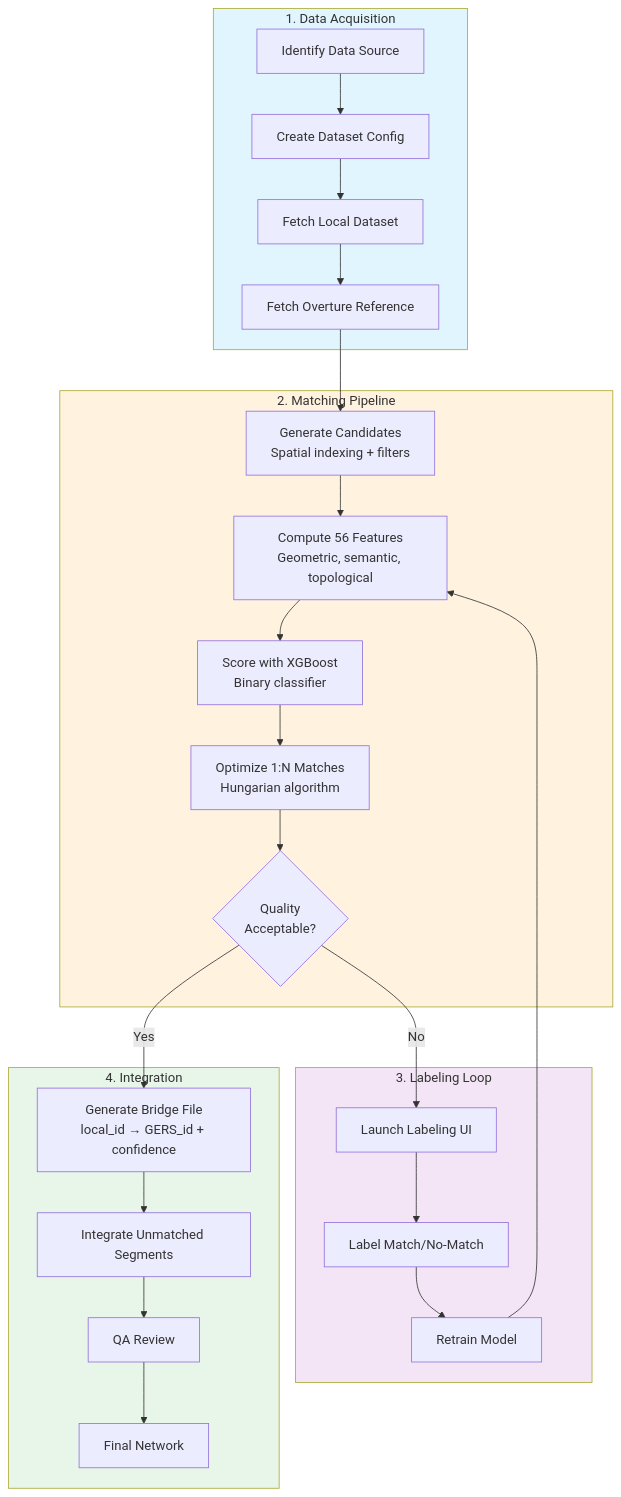
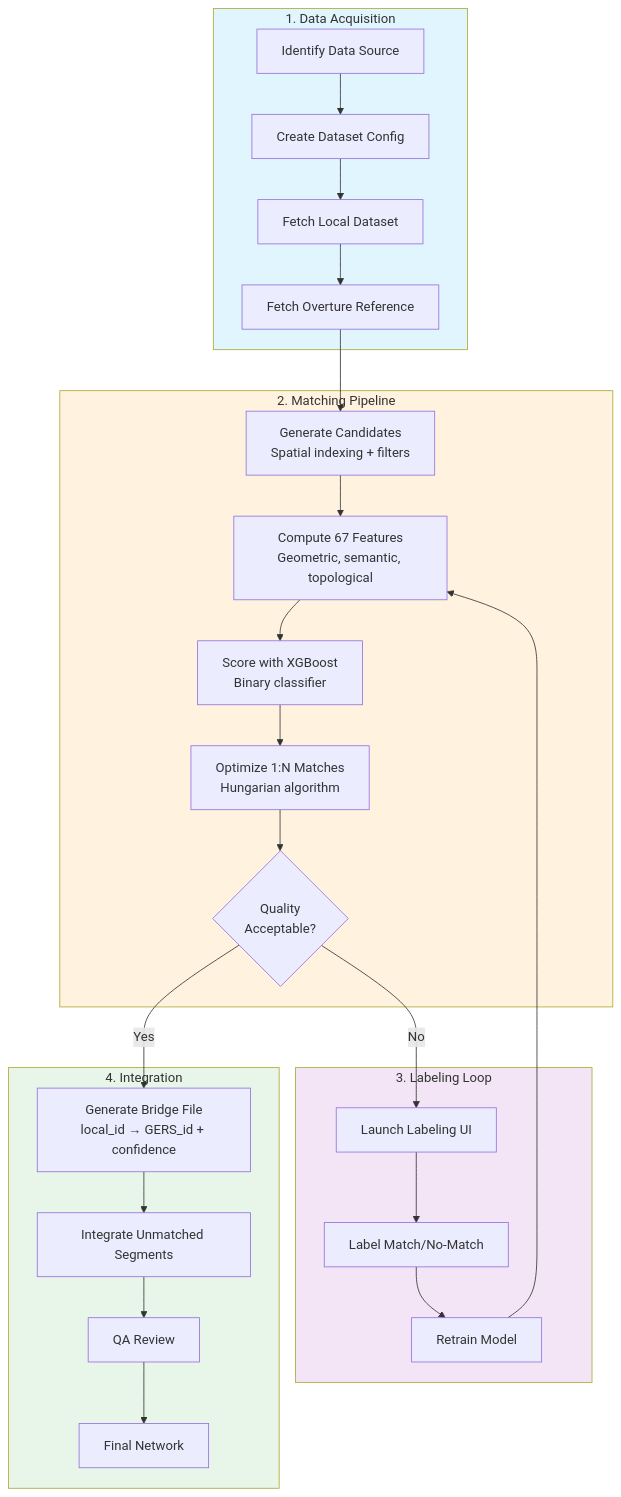
One commit to brad-richardson/crosswalk changed the diagram in README.md. Above: the diagram before and after it, drawn with Mermaid. The commit also changed other lines of this file and 4 other files, not shown here.

````diff
--- a/README.md
+++ b/README.md
@@ -43,35 +43,35 @@
 ```mermaid
 flowchart TB
     subgraph Data["1. Data Acquisition"]
         A[Identify Data Source] --> B[Create Dataset Config]
         B --> C[Fetch Local Dataset]
         C --> D[Fetch Overture Reference]
     end
 
     subgraph Match["2. Matching Pipeline"]
         D --> E[Generate Candidates<br/>Spatial indexing + filters]
-        E --> F[Compute 56 Features<br/>Geometric, semantic, topological]
+        E --> F[Compute 67 Features<br/>Geometric, semantic, topological]
         F --> G[Score with XGBoost<br/>Binary classifier]
         G --> H[Optimize 1:N Matches<br/>Hungarian algorithm]
         H --> I{Quality<br/>Acceptable?}
     end
 
     subgraph Label["3. Labeling Loop"]
         I -->|No| J[Launch Labeling UI]
         J --> K[Label Match/No-Match]
         K --> L[Retrain Model]
         L --> F
     end
 
     subgraph Output["4. Integration"]
         I -->|Yes| M[Generate Bridge File<br/>local_id → GERS_id + confidence]
         M --> N[Integrate Unmatched Segments]
         N --> O[QA Review]
         O --> P[Final Network]
     end
 
     style Data fill:#e1f5fe
     style Match fill:#fff3e0
     style Label fill:#f3e5f5
     style Output fill:#e8f5e9
 ```
````
